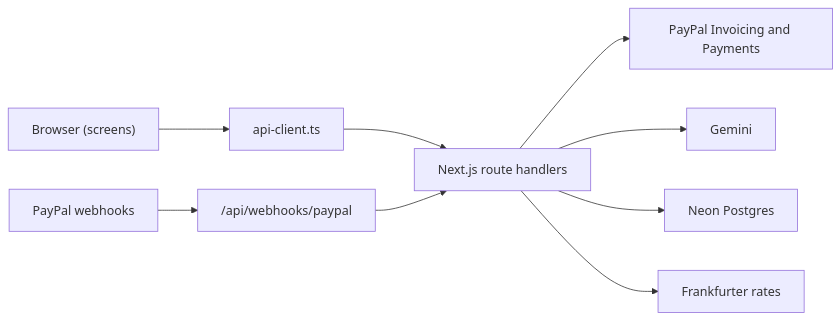
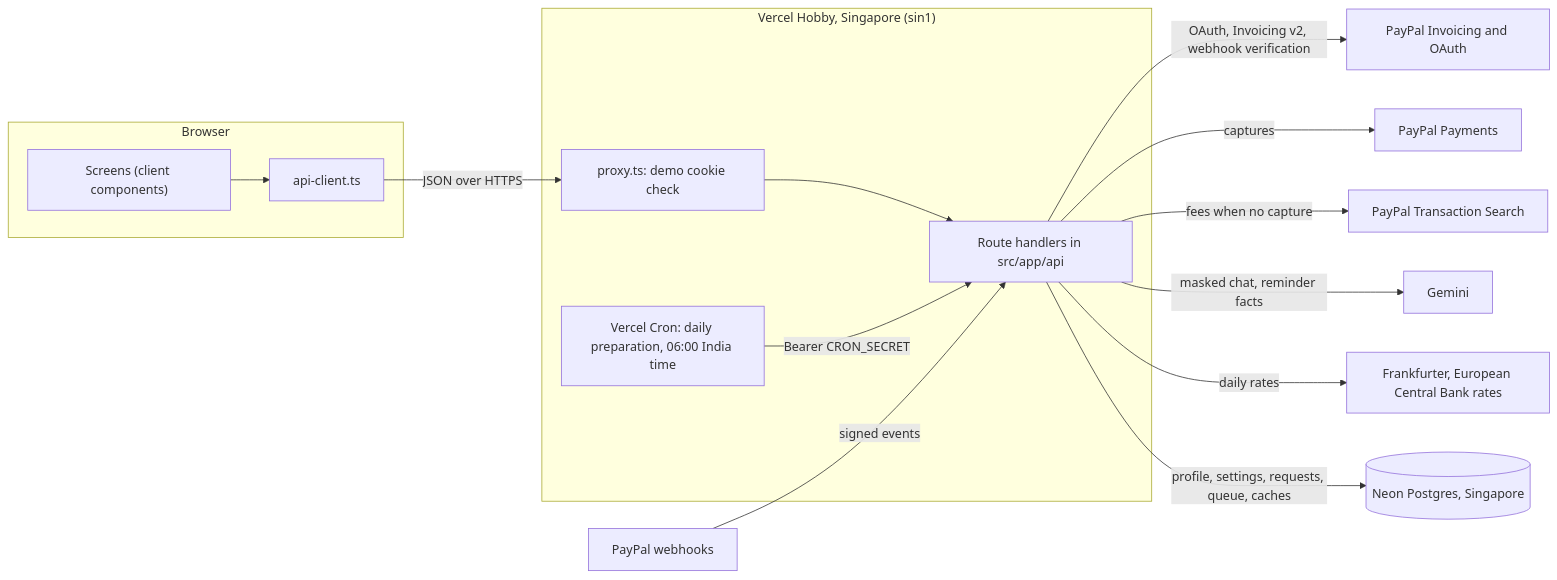
Before and after one commit to rishibhaskar777/dueline: the first of 5 diagrams in docs/architecture.md, drawn with Mermaid. The commit also changed other lines of this file and 6 other files, not shown here.

Commit message:
docs: decisions 0019 and 0020, architecture diagrams and the offline setup

````diff
--- a/docs/architecture.md
+++ b/docs/architecture.md
@@ -21,11 +26,21 @@
 ```mermaid
 flowchart LR
-  Browser["Browser (screens)"] --> Client["api-client.ts"]
-  Client --> Routes["Next.js route handlers"]
-  Routes --> PayPal["PayPal Invoicing and Payments"]
-  Routes --> Gemini["Gemini"]
-  Routes --> Neon["Neon Postgres"]
-  Routes --> Rates["Frankfurter rates"]
-  PayPalEvents["PayPal webhooks"] --> Webhook["/api/webhooks/paypal"]
-  Webhook --> Routes
+  subgraph Browser
+    Screens["Screens (client components)"] --> Client["api-client.ts"]
+  end
+  subgraph Vercel["Vercel Hobby, Singapore (sin1)"]
+    Proxy["proxy.ts: demo cookie check"]
+    Routes["Route handlers in src/app/api"]
+    Cron["Vercel Cron: daily preparation, 06:00 India time"]
+  end
+  Client -->|"JSON over HTTPS"| Proxy
+  Proxy --> Routes
+  Cron -->|"Bearer CRON_SECRET"| Routes
+  Routes -->|"OAuth, Invoicing v2, webhook verification"| Invoicing["PayPal Invoicing and OAuth"]
+  Routes -->|"captures"| Payments["PayPal Payments"]
+  Routes -->|"fees when no capture"| Search["PayPal Transaction Search"]
+  Events["PayPal webhooks"] -->|"signed events"| Routes
+  Routes -->|"masked chat, reminder facts"| Gemini["Gemini"]
+  Routes -->|"daily rates"| ECB["Frankfurter, European Central Bank rates"]
+  Routes -->|"profile, settings, requests, queue, caches"| Neon[("Neon Postgres, Singapore")]
 ```
````
